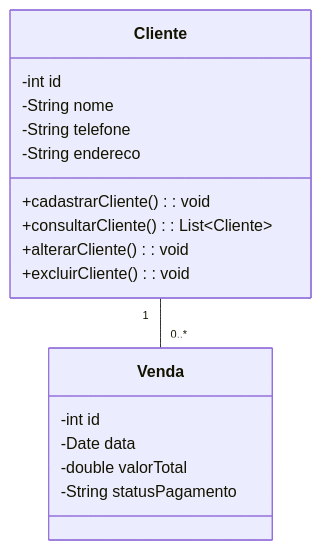
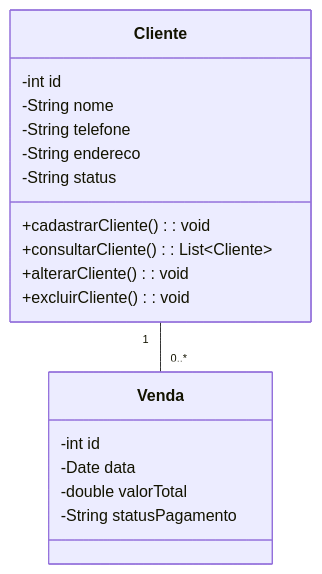
Before and after one commit to danielmrz7/projeto-scrum-eng1: the second of 4 diagrams in docs/doc-modelos.md, drawn with Mermaid. The commit also changed other lines of this file, not shown here.

````diff
--- a/docs/doc-modelos.md
+++ b/docs/doc-modelos.md
@@ -40,22 +41,23 @@
 ```mermaid
 classDiagram
     class Cliente {
         -int id
         -String nome
         -String telefone
         -String endereco
+        -String status
         +cadastrarCliente(): void
         +consultarCliente(): List~Cliente~
         +alterarCliente(): void
         +excluirCliente(): void
     }
 
     class Venda {
         -int id
         -Date data
         -double valorTotal
         -String statusPagamento
     }
 
     Cliente "1" -- "0..*" Venda
 ```
````
